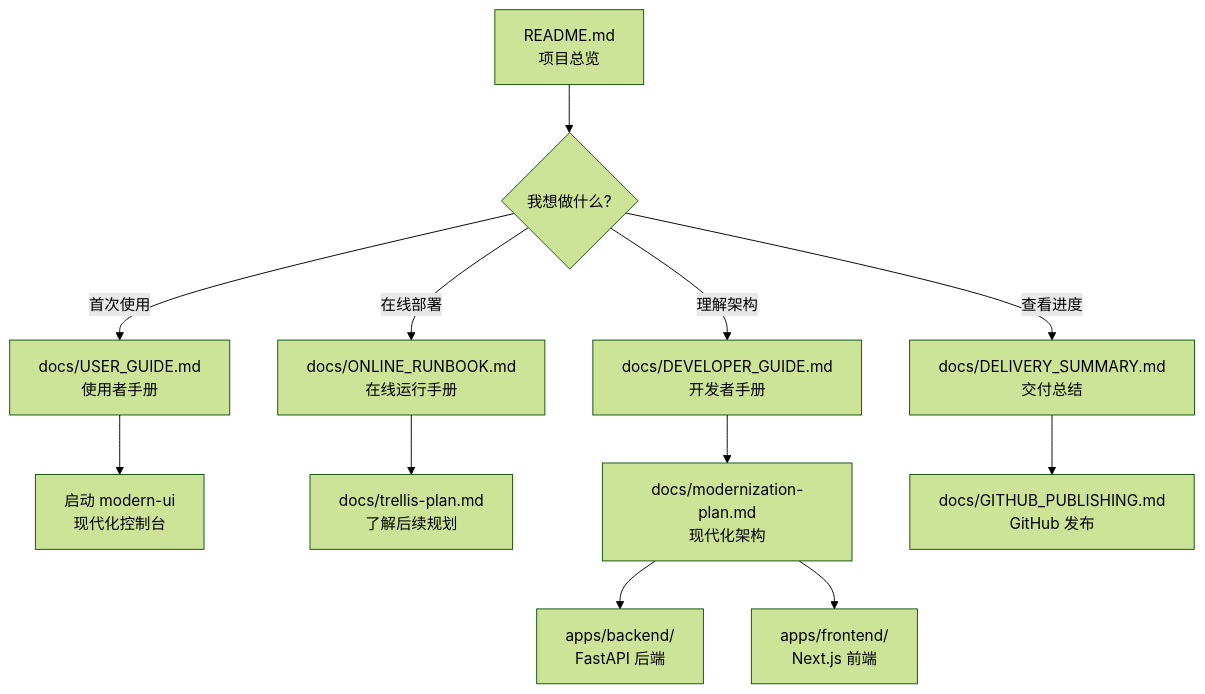
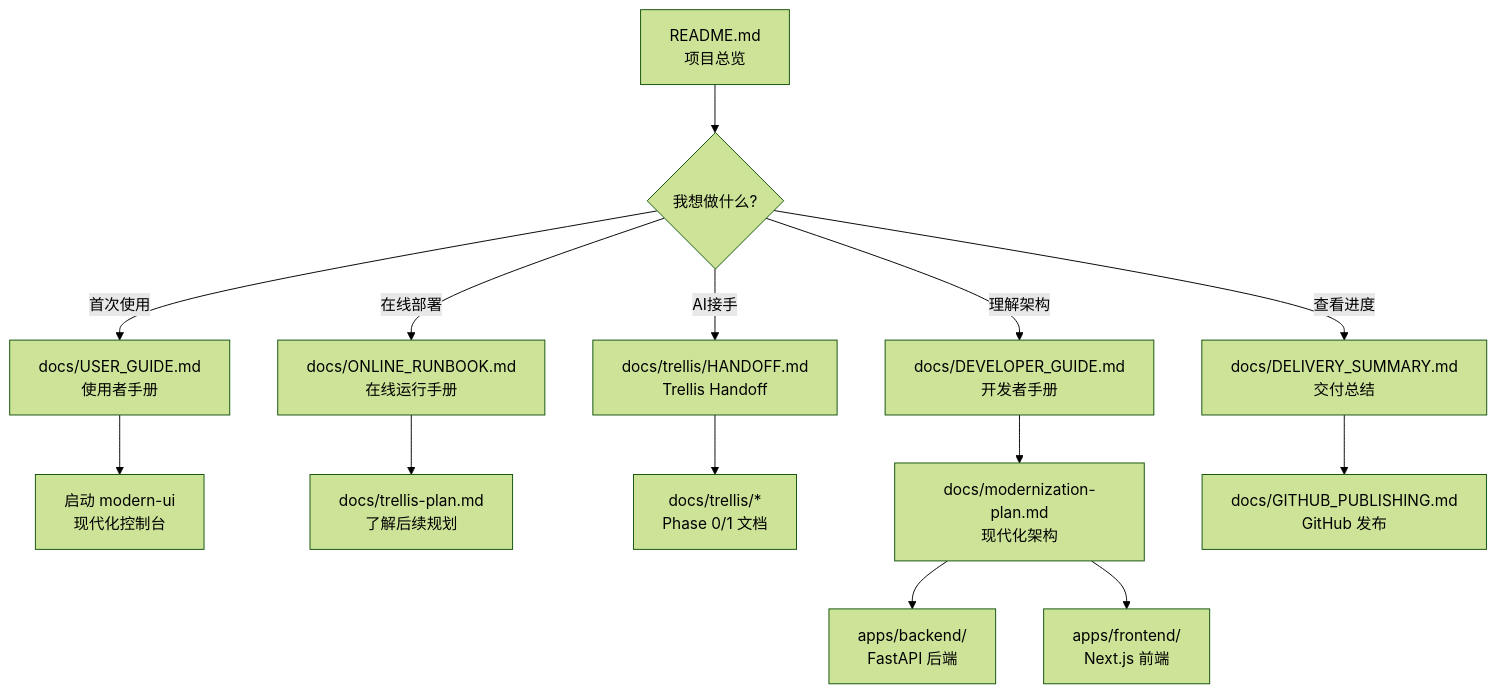
Before and after one commit to systemoutprintlnhelloworld/astock-agent-system: the diagram in DOCUMENTATION_MAP.md, drawn with Mermaid (forest theme). The commit also changed other lines of this file and 18 other files, not shown here.

Commit message:
docs: add trellis handoff workflow

````diff
--- a/DOCUMENTATION_MAP.md
+++ b/DOCUMENTATION_MAP.md
@@ -143,18 +159,20 @@
 ```mermaid
 graph TD
     README[README.md<br/>项目总览] --> QuickStart{我想做什么?}
     
     QuickStart -->|首次使用| UserGuide[docs/USER_GUIDE.md<br/>使用者手册]
     QuickStart -->|理解架构| DevGuide[docs/DEVELOPER_GUIDE.md<br/>开发者手册]
     QuickStart -->|在线部署| OnlineRunbook[docs/ONLINE_RUNBOOK.md<br/>在线运行手册]
     QuickStart -->|查看进度| DeliverySummary[docs/DELIVERY_SUMMARY.md<br/>交付总结]
+    QuickStart -->|AI接手| Handoff[docs/trellis/HANDOFF.md<br/>Trellis Handoff]
     
     UserGuide --> ModernUI[启动 modern-ui<br/>现代化控制台]
     OnlineRunbook --> TrellisPlan[docs/trellis-plan.md<br/>了解后续规划]
+    Handoff --> TrellisDocs[docs/trellis/*<br/>Phase 0/1 文档]
     DevGuide --> ModernizationPlan[docs/modernization-plan.md<br/>现代化架构]
     
     DeliverySummary --> GitHubPublish[docs/GITHUB_PUBLISHING.md<br/>GitHub 发布]
     
     ModernizationPlan --> Backend[apps/backend/<br/>FastAPI 后端]
     ModernizationPlan --> Frontend[apps/frontend/<br/>Next.js 前端]
 ```
````
